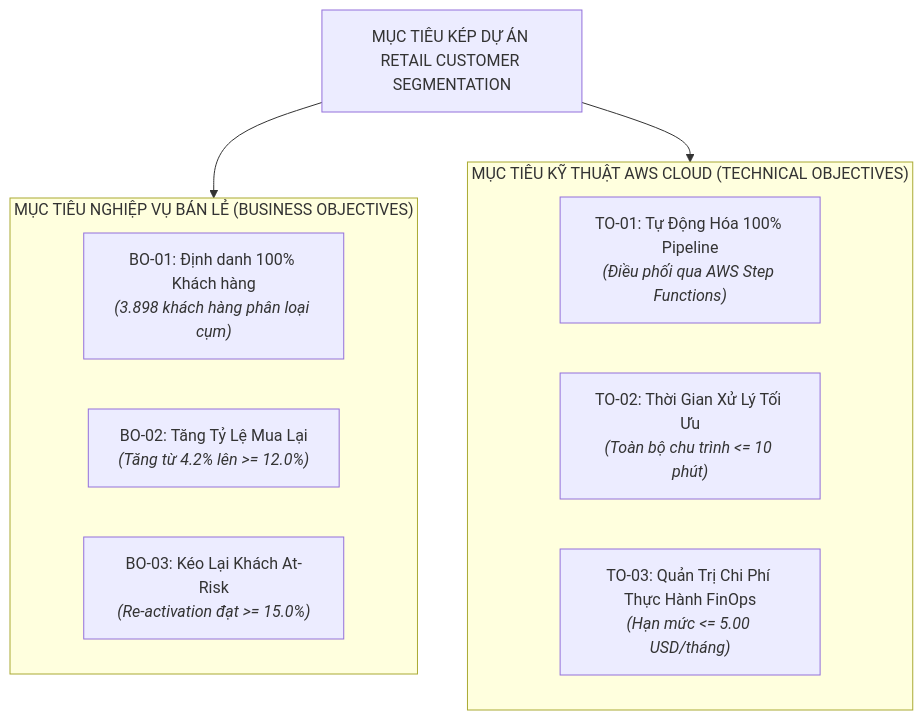
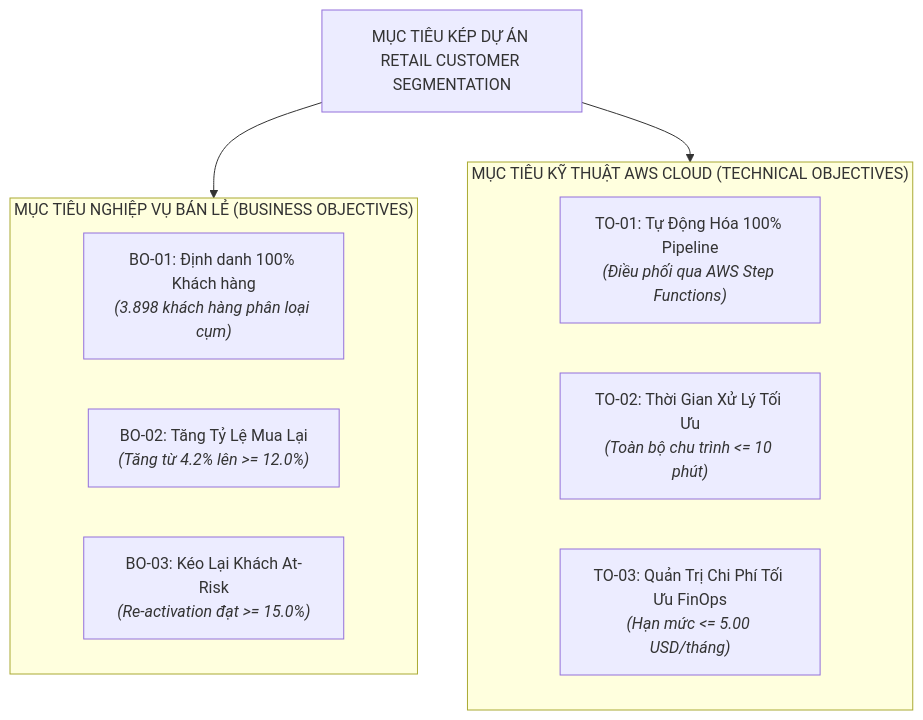
The diagram in reports/ba_dossier/01_BRD_Customer_Segmentation.md (GiangSon-5/retail-customer-lakehouse-mlops), drawn with Mermaid before and after one commit. The commit also changed other lines of this file and 6 other files, not shown here.

Commit message:
docs: publish executive business brief, render mermaid timeline and standardize enterprise reports

````diff
--- a/reports/ba_dossier/01_BRD_Customer_Segmentation.md
+++ b/reports/ba_dossier/01_BRD_Customer_Segmentation.md
@@ -49,18 +49,18 @@
 ```mermaid
 flowchart TD
     ROOT["MỤC TIÊU KÉP DỰ ÁN RETAIL CUSTOMER SEGMENTATION"]
     
     subgraph BIZ_GOALS ["MỤC TIÊU NGHIỆP VỤ BÁN LẺ (BUSINESS OBJECTIVES)"]
         BO1["BO-01: Định danh 100% Khách hàng<br/><i>(3.898 khách hàng phân loại cụm)</i>"]
         BO2["BO-02: Tăng Tỷ Lệ Mua Lại<br/><i>(Tăng từ 4.2% lên >= 12.0%)</i>"]
         BO3["BO-03: Kéo Lại Khách At-Risk<br/><i>(Re-activation đạt >= 15.0%)</i>"]
     end
 
     subgraph TECH_GOALS ["MỤC TIÊU KỸ THUẬT AWS CLOUD (TECHNICAL OBJECTIVES)"]
         TO1["TO-01: Tự Động Hóa 100% Pipeline<br/><i>(Điều phối qua AWS Step Functions)</i>"]
         TO2["TO-02: Thời Gian Xử Lý Tối Ưu<br/><i>(Toàn bộ chu trình <= 10 phút)</i>"]
-        TO3["TO-03: Quản Trị Chi Phí Thực Hành FinOps<br/><i>(Hạn mức <= 5.00 USD/tháng)</i>"]
+        TO3["TO-03: Quản Trị Chi Phí Tối Ưu FinOps<br/><i>(Hạn mức <= 5.00 USD/tháng)</i>"]
     end
 
     ROOT --> BIZ_GOALS & TECH_GOALS
 ```
````
